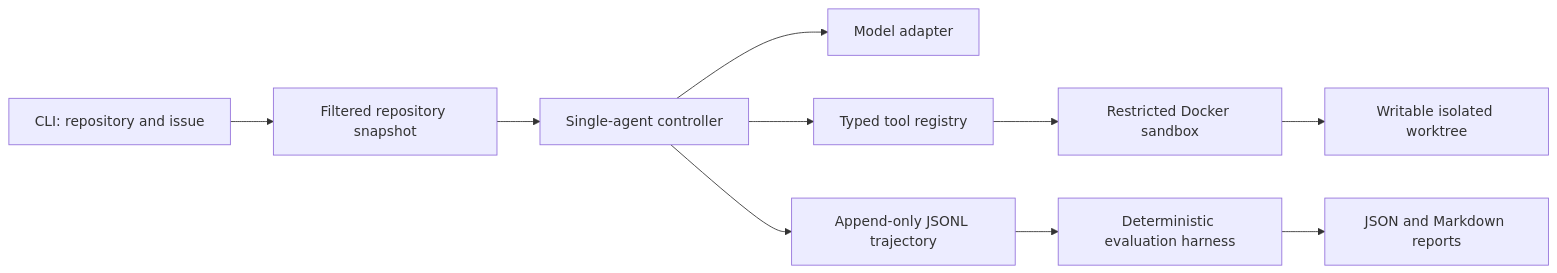
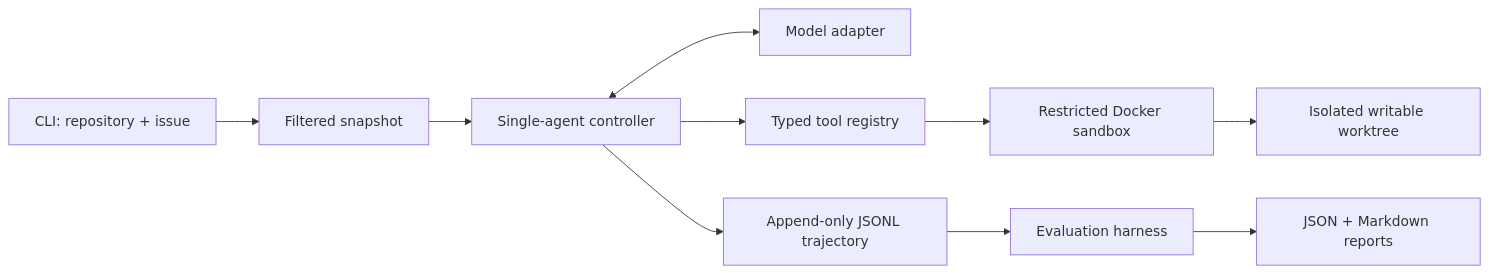
Before and after one commit to zhangxyqqq/RepoPilot: the diagram in README.md, drawn with Mermaid. The commit also changed other lines of this file and 10 other files, not shown here.

````diff
--- a/README.md
+++ b/README.md
@@ -9,12 +18,12 @@
 ```mermaid
 flowchart LR
-    CLI["CLI: repository and issue"] --> Stage["Filtered repository snapshot"]
+    CLI["CLI: repository + issue"] --> Stage["Filtered snapshot"]
     Stage --> Loop["Single-agent controller"]
-    Loop --> Model["Model adapter"]
-    Loop --> Registry["Typed tool registry"]
-    Registry --> Docker["Restricted Docker sandbox"]
-    Docker --> Copy["Writable isolated worktree"]
+    Loop <--> Model["Model adapter"]
+    Loop --> Tools["Typed tool registry"]
+    Tools --> Docker["Restricted Docker sandbox"]
+    Docker --> Worktree["Isolated writable worktree"]
     Loop --> Trace["Append-only JSONL trajectory"]
-    Trace --> Eval["Deterministic evaluation harness"]
-    Eval --> Reports["JSON and Markdown reports"]
+    Trace --> Eval["Evaluation harness"]
+    Eval --> Reports["JSON + Markdown reports"]
 ```
````
